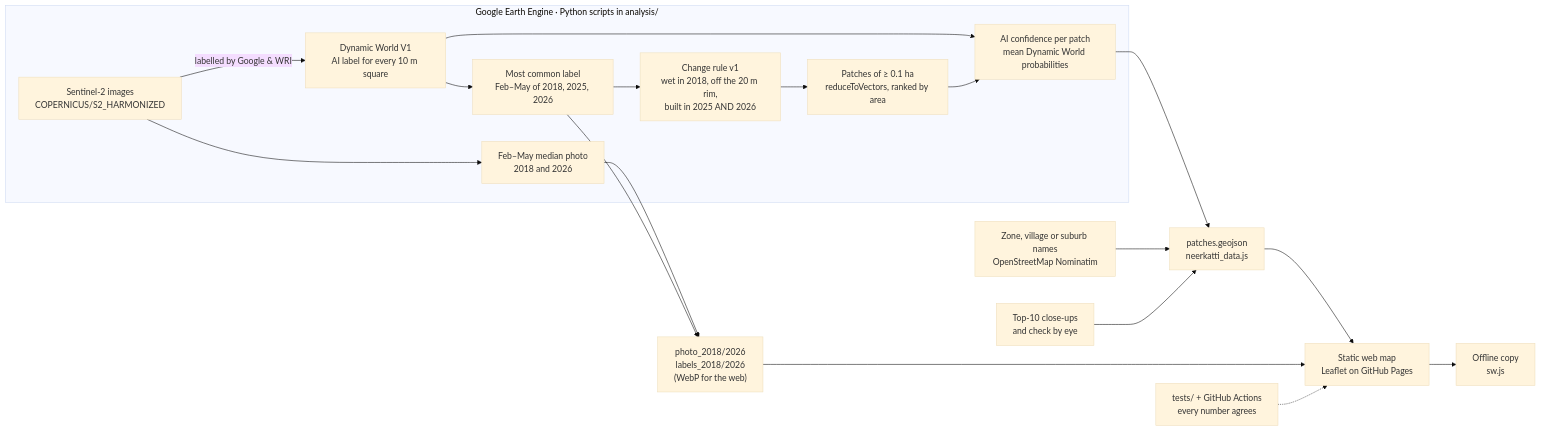
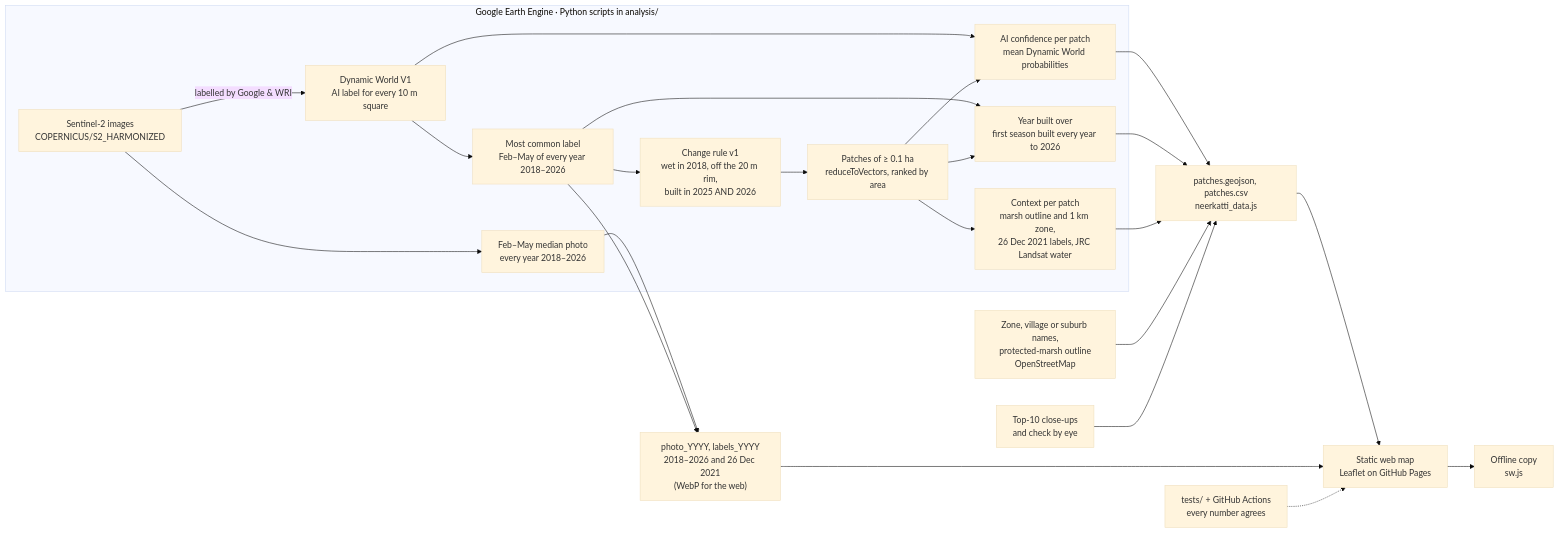
Before and after one commit to ATHULYAPANDIAN24/neerkatti: the diagram in README.md, drawn with Mermaid (base theme). The commit also changed other lines of this file and 58 other files, not shown here.

````diff
--- a/README.md
+++ b/README.md
@@ -46,26 +51,33 @@
 ```mermaid
 flowchart LR
   subgraph EE["Google Earth Engine · Python scripts in analysis/"]
     S2["Sentinel-2 images<br/>COPERNICUS/S2_HARMONIZED"]
     DW["Dynamic World V1<br/>AI label for every 10 m square"]
-    MODE["Most common label<br/>Feb–May of 2018, 2025, 2026"]
+    MODE["Most common label<br/>Feb–May of every year 2018–2026"]
     RULE["Change rule v1<br/>wet in 2018, off the 20 m rim,<br/>built in 2025 AND 2026"]
     VEC["Patches of ≥ 0.1 ha<br/>reduceToVectors, ranked by area"]
     CONF["AI confidence per patch<br/>mean Dynamic World probabilities"]
-    MED["Feb–May median photo<br/>2018 and 2026"]
+    YEAR["Year built over<br/>first season built every year to 2026"]
+    CTX["Context per patch<br/>marsh outline and 1 km zone,<br/>26 Dec 2021 labels, JRC Landsat water"]
+    MED["Feb–May median photo<br/>every year 2018–2026"]
     S2 -- "labelled by Google & WRI" --> DW
     DW --> MODE --> RULE --> VEC
     DW --> CONF
     VEC --> CONF
+    MODE --> YEAR
+    VEC --> YEAR
+    VEC --> CTX
     S2 --> MED
   end
-  CONF --> GJ["patches.geojson<br/>neerkatti_data.js"]
-  OSM["Zone, village or suburb names<br/>OpenStreetMap Nominatim"] --> GJ
-  MED --> IMG["photo_2018/2026<br/>labels_2018/2026<br/>(WebP for the web)"]
+  CONF --> GJ["patches.geojson, patches.csv<br/>neerkatti_data.js"]
+  YEAR --> GJ
+  CTX --> GJ
+  OSM["Zone, village or suburb names,<br/>protected-marsh outline<br/>OpenStreetMap"] --> GJ
+  MED --> IMG["photo_YYYY, labels_YYYY<br/>2018–2026 and 26 Dec 2021<br/>(WebP for the web)"]
   MODE --> IMG
   CHK["Top-10 close-ups<br/>and check by eye"] --> GJ
   GJ --> APP["Static web map<br/>Leaflet on GitHub Pages"]
   IMG --> APP
   APP --> SW["Offline copy<br/>sw.js"]
   TEST["tests/ + GitHub Actions<br/>every number agrees"] -.-> APP
 ```
````
